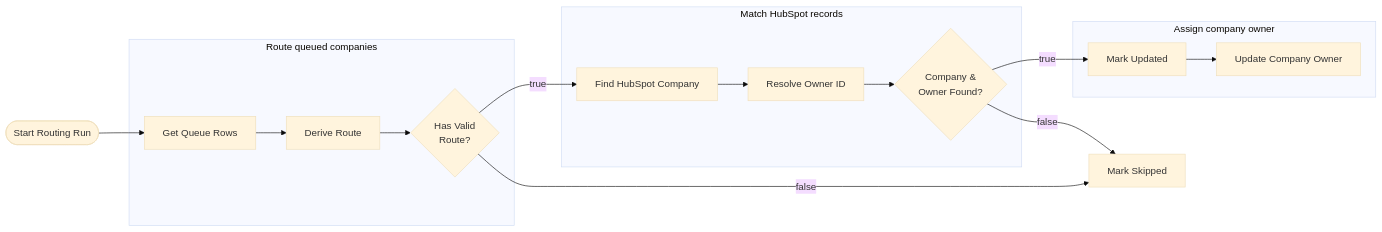
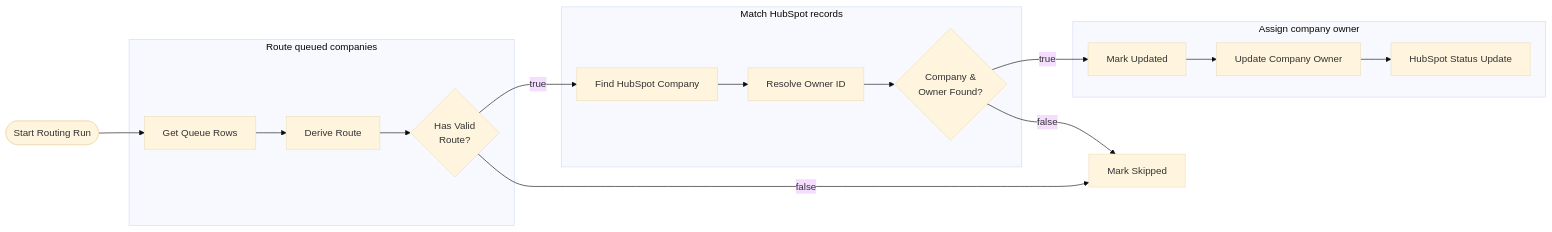
Before and after one commit to joshane1/GTM-Portfolio: the second of 2 diagrams in docs/2_account_routing.md, drawn with Mermaid (base theme). The commit also changed other lines of this file and 5 other files, not shown here.

````diff
--- a/docs/2_account_routing.md
+++ b/docs/2_account_routing.md
@@ -86,24 +86,24 @@
 ```mermaid
 flowchart LR
     start(["Start Routing Run"])
 
     subgraph route["Route queued companies"]
         get["Get Queue Rows"] --> derive["Derive Route"] --> valid{"Has Valid<br/>Route?"}
     end
 
     subgraph match["Match HubSpot records"]
         find["Find HubSpot Company"] --> owner["Resolve Owner ID"] --> found{"Company &<br/>Owner Found?"}
     end
 
     subgraph assign["Assign company owner"]
-        mark["Mark Updated"] --> update["Update Company Owner"]
+        mark["Mark Updated"] --> update["Update Company Owner"] --> status["HubSpot Status Update"]
     end
 
     skip["Mark Skipped"]
 
     start --> get
     valid -- true --> find
     valid -- false --> skip
     found -- true --> mark
     found -- false --> skip
 ```
````
